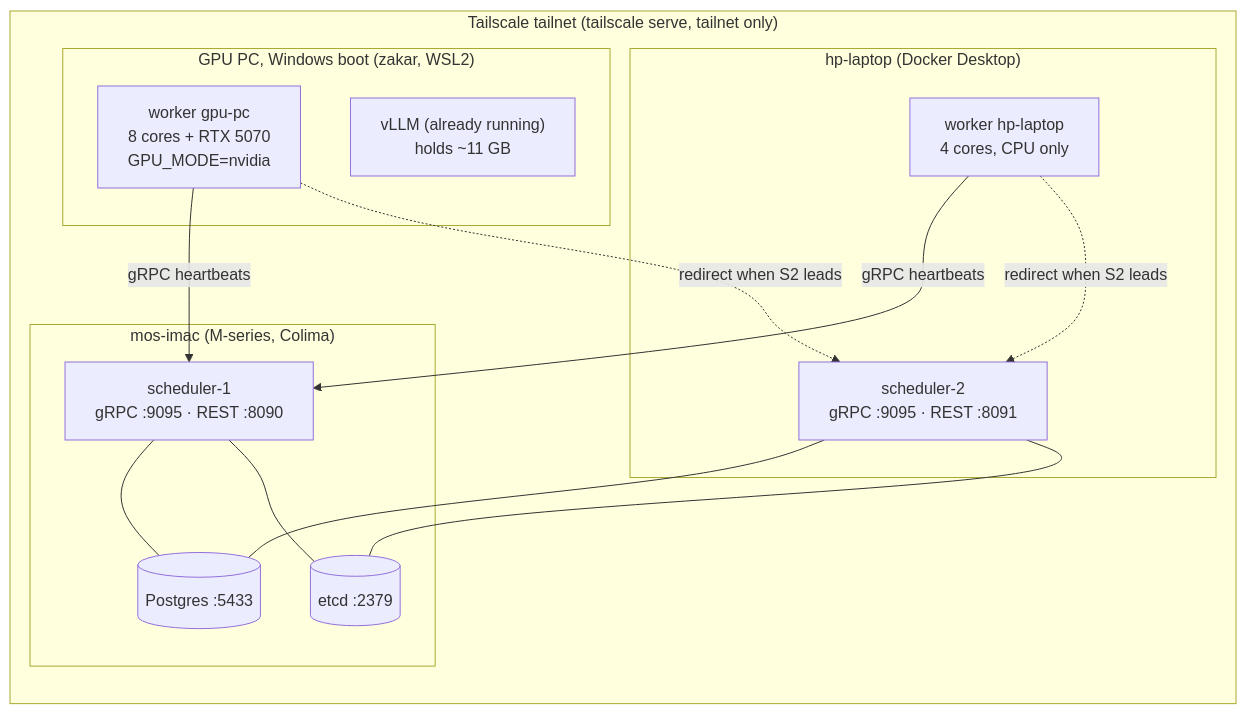
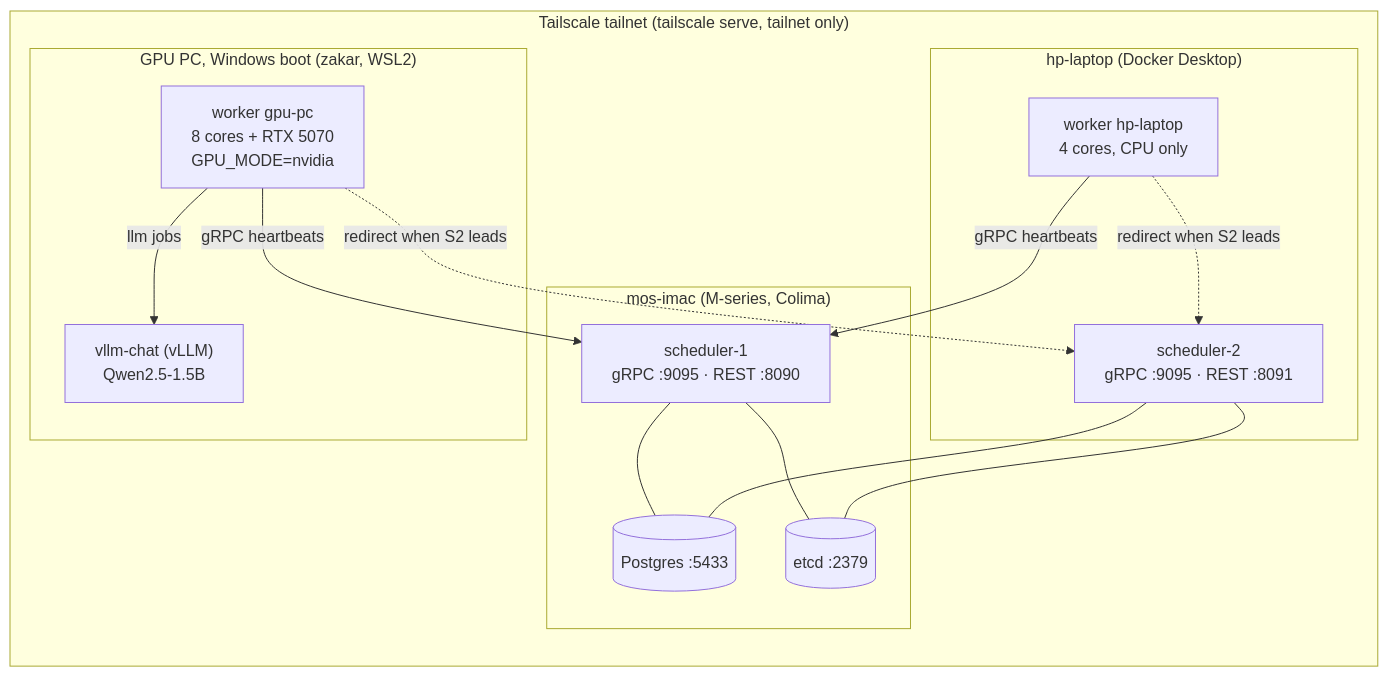
Before and after one commit to zakiscoding/gophergrid: the diagram in docs/homelab.md, drawn with Mermaid. The commit also changed other lines of this file and 6 other files, not shown here.

First line of the commit message:
Measure llm and benchmark jobs on the homelab

````diff
--- a/docs/homelab.md
+++ b/docs/homelab.md
@@ -14,21 +14,22 @@
 ```mermaid
 flowchart LR
     subgraph T["Tailscale tailnet (tailscale serve, tailnet only)"]
         subgraph I["mos-imac (M-series, Colima)"]
             PG[("Postgres :5433")]
             ET[("etcd :2379")]
             S1["scheduler-1<br/>gRPC :9095 · REST :8090"]
         end
         subgraph L["hp-laptop (Docker Desktop)"]
             S2["scheduler-2<br/>gRPC :9095 · REST :8091"]
             WL["worker hp-laptop<br/>4 cores, CPU only"]
         end
         subgraph G["GPU PC, Windows boot (zakar, WSL2)"]
             GW["worker gpu-pc<br/>8 cores + RTX 5070<br/>GPU_MODE=nvidia"]
-            V["vLLM (already running)<br/>holds ~11 GB"]
+            V["vllm-chat (vLLM)<br/>Qwen2.5-1.5B"]
         end
     end
     S1 & S2 --- PG & ET
     WL & GW -- "gRPC heartbeats" --> S1
     WL & GW -. "redirect when S2 leads" .-> S2
+    GW -- "llm jobs" --> V
 ```
````
